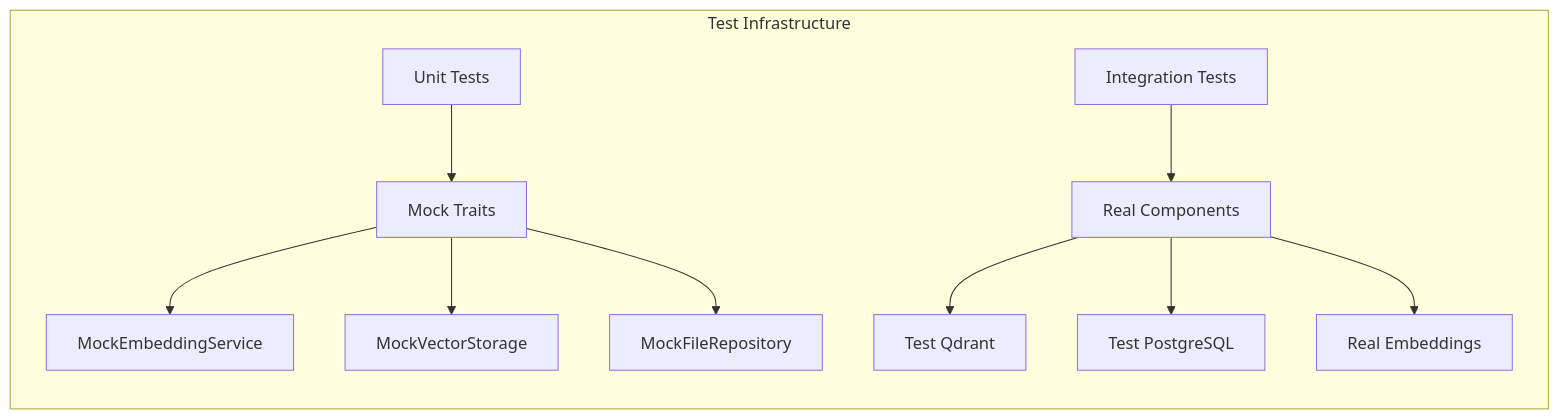
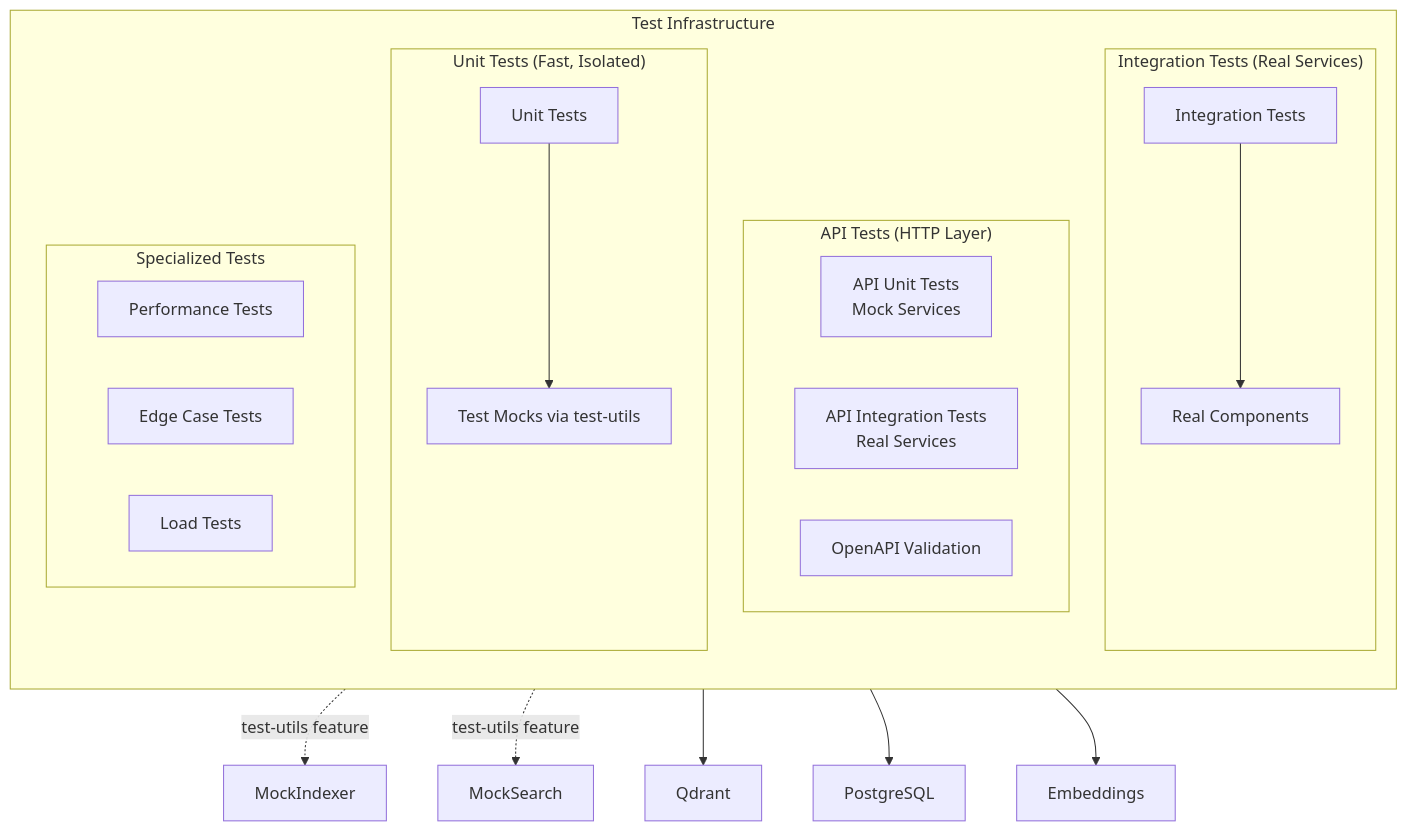
The tenth of 10 diagrams in docs/architecture/current-architecture.md (clafollett/codetriever), drawn with Mermaid before and after one commit. The commit also changed other lines of this file and 17 other files, not shown here.

````diff
--- a/docs/architecture/current-architecture.md
+++ b/docs/architecture/current-architecture.md
@@ -371,17 +521,36 @@
 ```mermaid
-graph LR
+graph TB
     subgraph "Test Infrastructure"
-        UT[Unit Tests]
-        IT[Integration Tests]
-        
-        UT --> MT[Mock Traits]
-        MT --> MES[MockEmbeddingService]
-        MT --> MVS[MockVectorStorage]
-        MT --> MFR[MockFileRepository]
-        
-        IT --> RT[Real Components]
-        RT --> RQ[Test Qdrant]
-        RT --> RPG[Test PostgreSQL]
-        RT --> REM[Real Embeddings]
+        direction TB
+
+        subgraph "Unit Tests (Fast, Isolated)"
+            UT[Unit Tests]
+            MOCKS[Test Mocks via test-utils]
+            UT --> MOCKS
+        end
+
+        subgraph "Integration Tests (Real Services)"
+            IT[Integration Tests]
+            REAL[Real Components]
+            IT --> REAL
+        end
+
+        subgraph "API Tests (HTTP Layer)"
+            APIU[API Unit Tests<br/>Mock Services]
+            APII[API Integration Tests<br/>Real Services]
+            OPENAPI[OpenAPI Validation]
+        end
+
+        subgraph "Specialized Tests"
+            PERF[Performance Tests]
+            EDGE[Edge Case Tests]
+            LOAD[Load Tests]
+        end
     end
+
+    MOCKS -.->|test-utils feature| MockIndexer
+    MOCKS -.->|test-utils feature| MockSearch
+    REAL --> Qdrant
+    REAL --> PostgreSQL
+    REAL --> Embeddings
 ```
````
